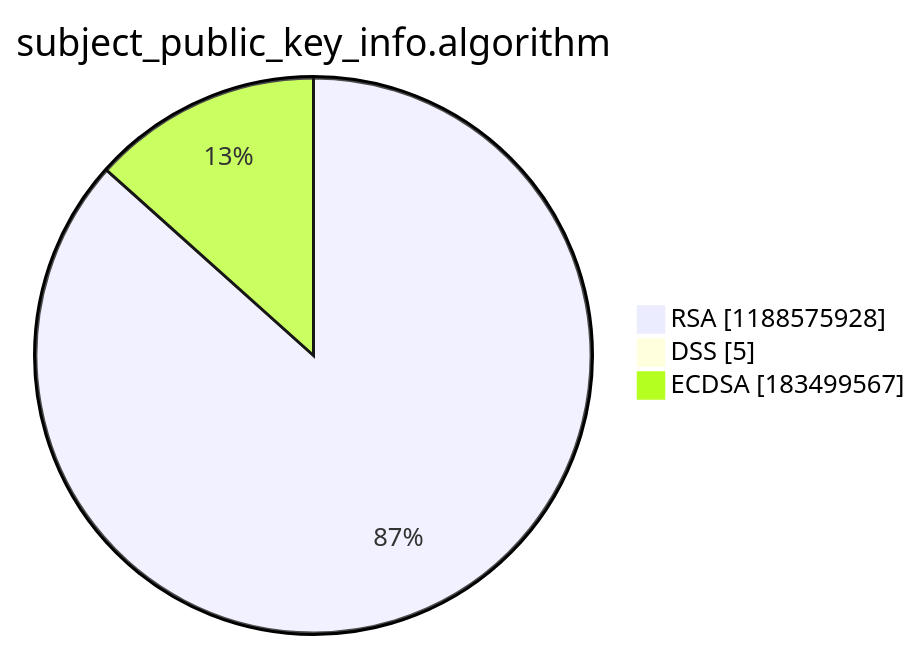
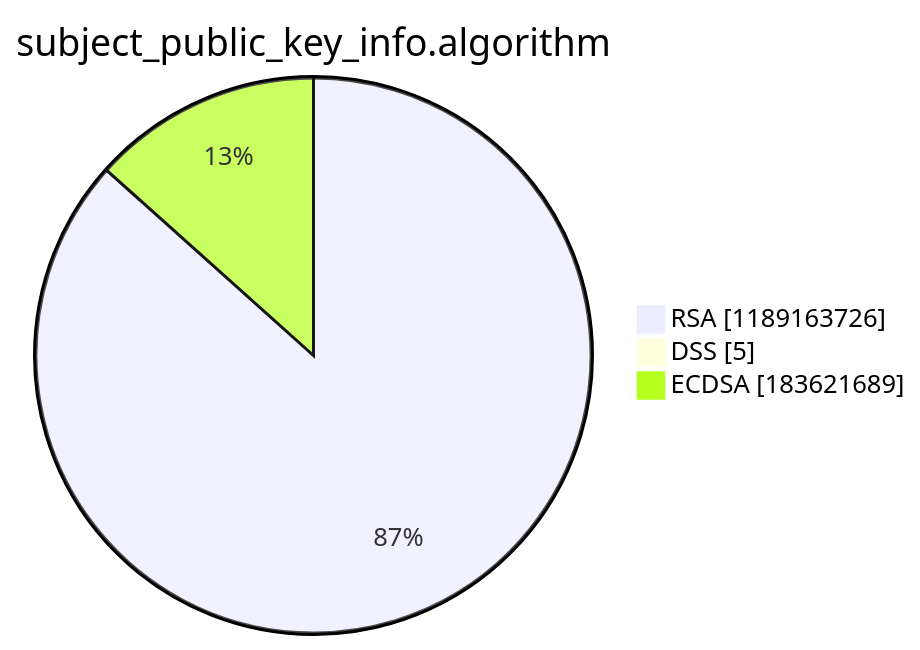
The third of 15 diagrams in argon2022/README.md (christiankrug/ctmonitor_visualization), drawn with Mermaid before and after one commit. The commit also changed other lines of this file, not shown here.

````diff
--- a/argon2022/README.md
+++ b/argon2022/README.md
@@ -14,7 +14,7 @@
 ```mermaid
 pie showData
 title subject_public_key_info.algorithm
-"RSA" :1188575928
+"RSA" :1189163726
 "DSS" :5
-"ECDSA" :183499567
+"ECDSA" :183621689
 ```
````
